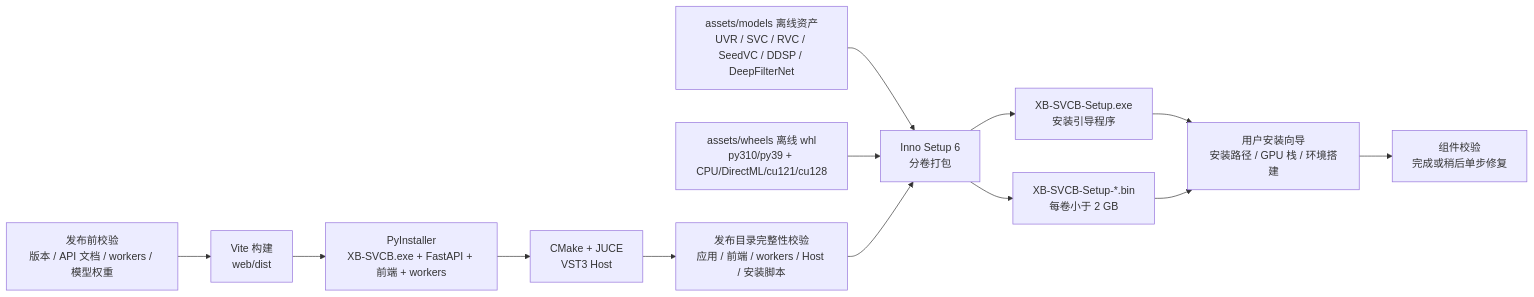
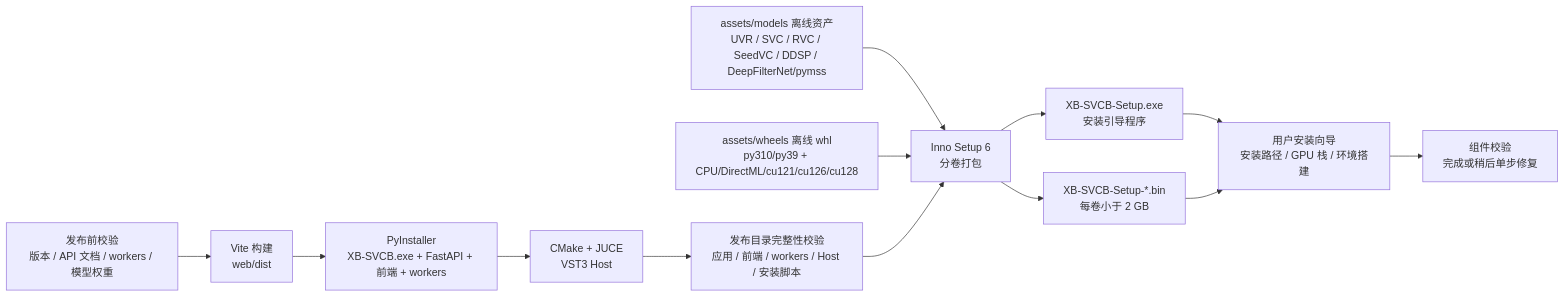
Before and after one commit to SDIJF1521/xb-svcb: the fourth of 4 diagrams in README.md, drawn with Mermaid. The commit also changed other lines of this file and 70 other files, not shown here.

````diff
--- a/README.md
+++ b/README.md
@@ -996,17 +973,17 @@
 ```mermaid
 flowchart LR
     CHECK["发布前校验<br/>版本 / API 文档 / workers / 模型权重"] --> WEB["Vite 构建<br/>web/dist"]
     WEB --> APP["PyInstaller<br/>XB-SVCB.exe + FastAPI + 前端 + workers"]
     APP --> HOST["CMake + JUCE<br/>VST3 Host"]
     HOST --> STAGE["发布目录完整性校验<br/>应用 / 前端 / workers / Host / 安装脚本"]
 
-    ASSETS["assets/models 离线资产<br/>UVR / SVC / RVC / SeedVC / DDSP / DeepFilterNet"] --> ISCC["Inno Setup 6<br/>分卷打包"]
-    WHEELS["assets/wheels 离线 whl<br/>py310/py39 + CPU/DirectML/cu121/cu128"] --> ISCC
+    ASSETS["assets/models 离线资产<br/>UVR / SVC / RVC / SeedVC / DDSP / DeepFilterNet/pymss"] --> ISCC["Inno Setup 6<br/>分卷打包"]
+    WHEELS["assets/wheels 离线 whl<br/>py310/py39 + CPU/DirectML/cu121/cu126/cu128"] --> ISCC
     STAGE --> ISCC
 
     ISCC --> EXE["XB-SVCB-Setup.exe<br/>安装引导程序"]
     ISCC --> BIN["XB-SVCB-Setup-*.bin<br/>每卷小于 2 GB"]
     EXE --> INSTALL["用户安装向导<br/>安装路径 / GPU 栈 / 环境搭建"]
     BIN --> INSTALL
     INSTALL --> READY["组件校验<br/>完成或稍后单步修复"]
 ```
````
